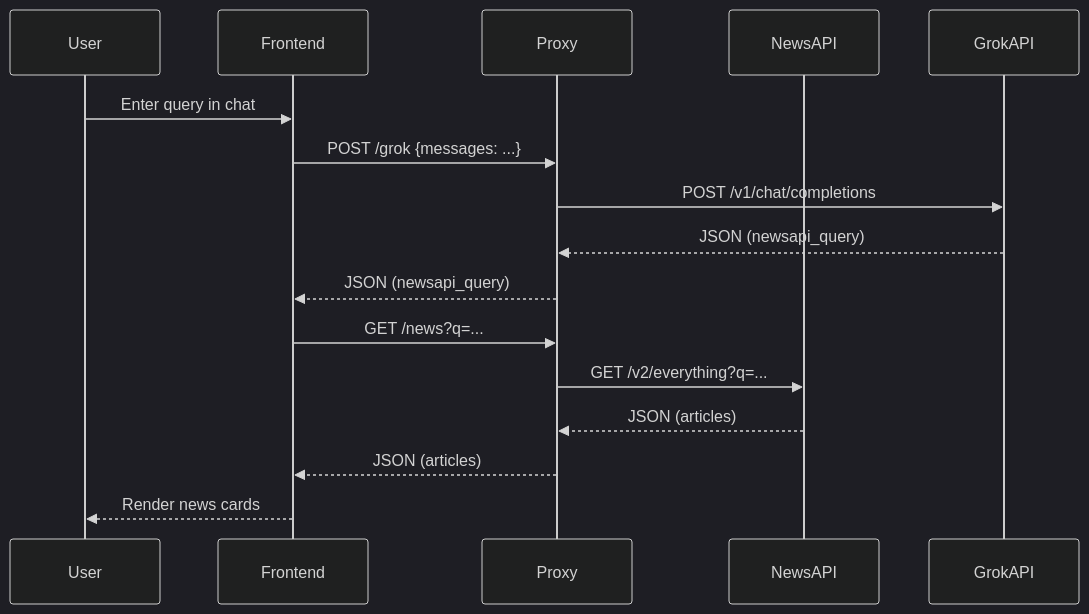
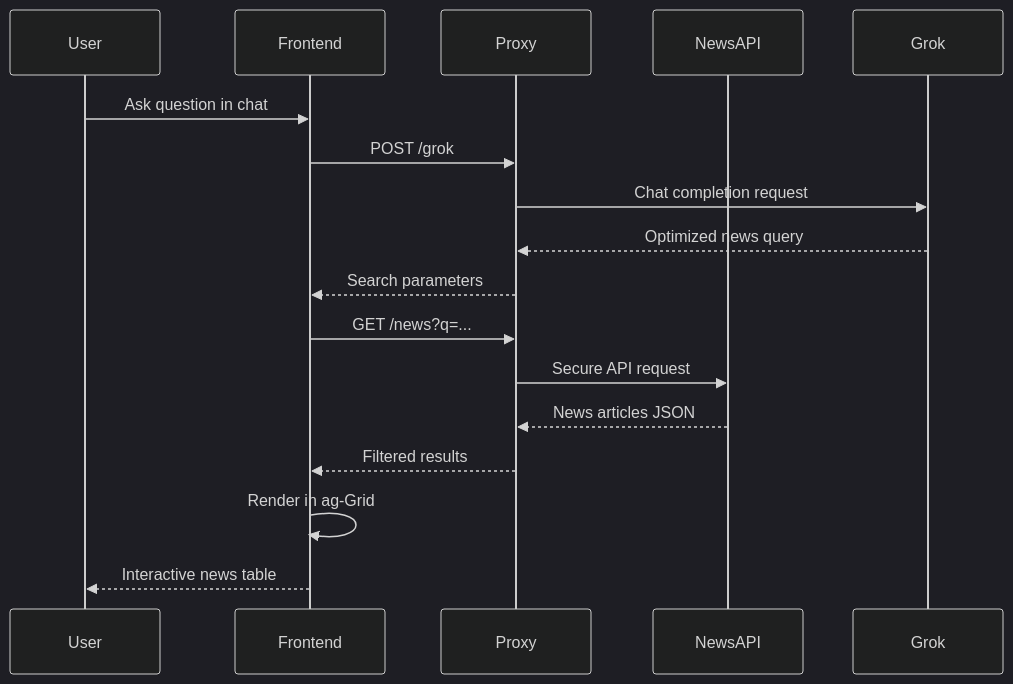
One commit to evcatalyst/news-aggregator changed the third of 3 diagrams in README.md. Above: the diagram before and after it, drawn with Mermaid (dark theme). The commit also changed other lines of this file and 18 other files, not shown here.

````diff
--- a/README.md
+++ b/README.md
@@ -132,19 +272,22 @@
 ```mermaid
 sequenceDiagram
-  participant User
-  participant Frontend
-  participant Proxy
-  participant NewsAPI
-  participant GrokAPI
+    participant User
+    participant Frontend
+    participant Proxy
+    participant NewsAPI
+    participant Grok
 
-  User->>Frontend: Enter query in chat
-  Frontend->>Proxy: POST /grok {messages: ...}
-  Proxy->>GrokAPI: POST /v1/chat/completions
-  GrokAPI-->>Proxy: JSON (newsapi_query)
-  Proxy-->>Frontend: JSON (newsapi_query)
-  Frontend->>Proxy: GET /news?q=...
-  Proxy->>NewsAPI: GET /v2/everything?q=...
-  NewsAPI-->>Proxy: JSON (articles)
-  Proxy-->>Frontend: JSON (articles)
-  Frontend-->>User: Render news cards
+    User->>Frontend: Ask question in chat
+    Frontend->>Proxy: POST /grok
+    Proxy->>Grok: Chat completion request
+    Grok-->>Proxy: Optimized news query
+    Proxy-->>Frontend: Search parameters
+    
+    Frontend->>Proxy: GET /news?q=...
+    Proxy->>NewsAPI: Secure API request
+    NewsAPI-->>Proxy: News articles JSON
+    Proxy-->>Frontend: Filtered results
+    
+    Frontend->>Frontend: Render in ag-Grid
+    Frontend-->>User: Interactive news table
 ```
````
